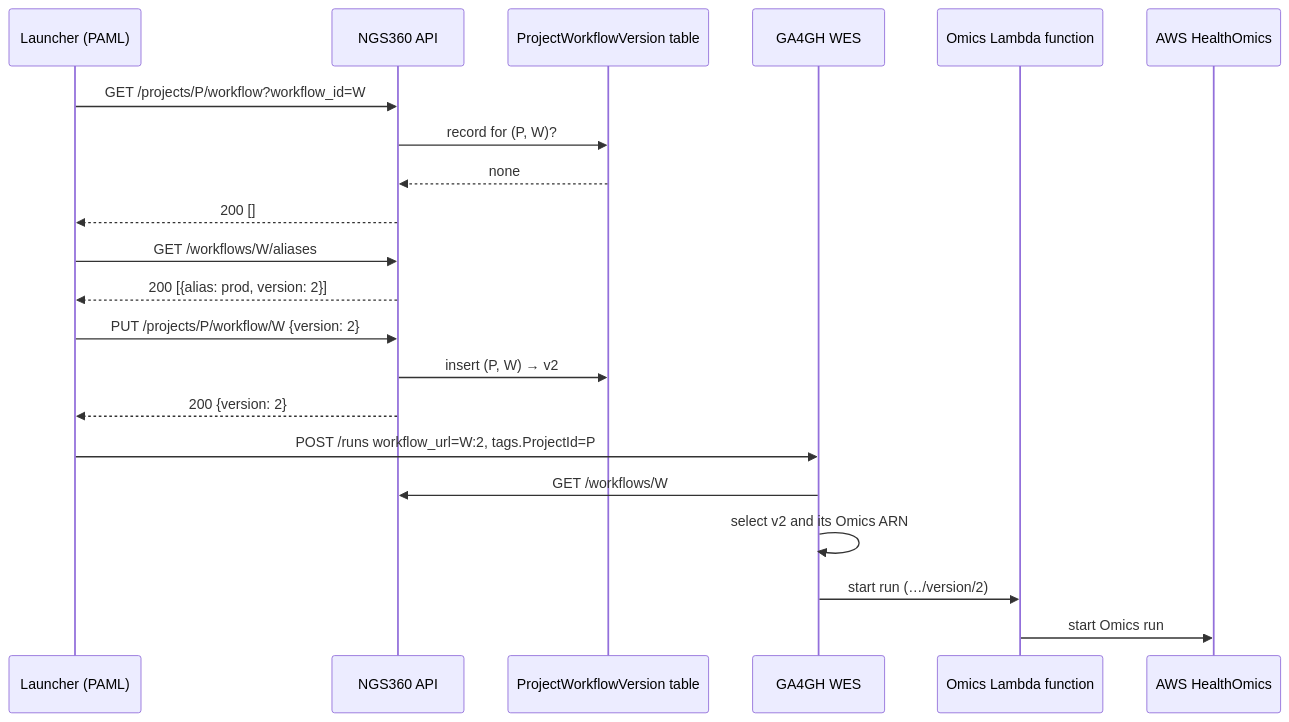
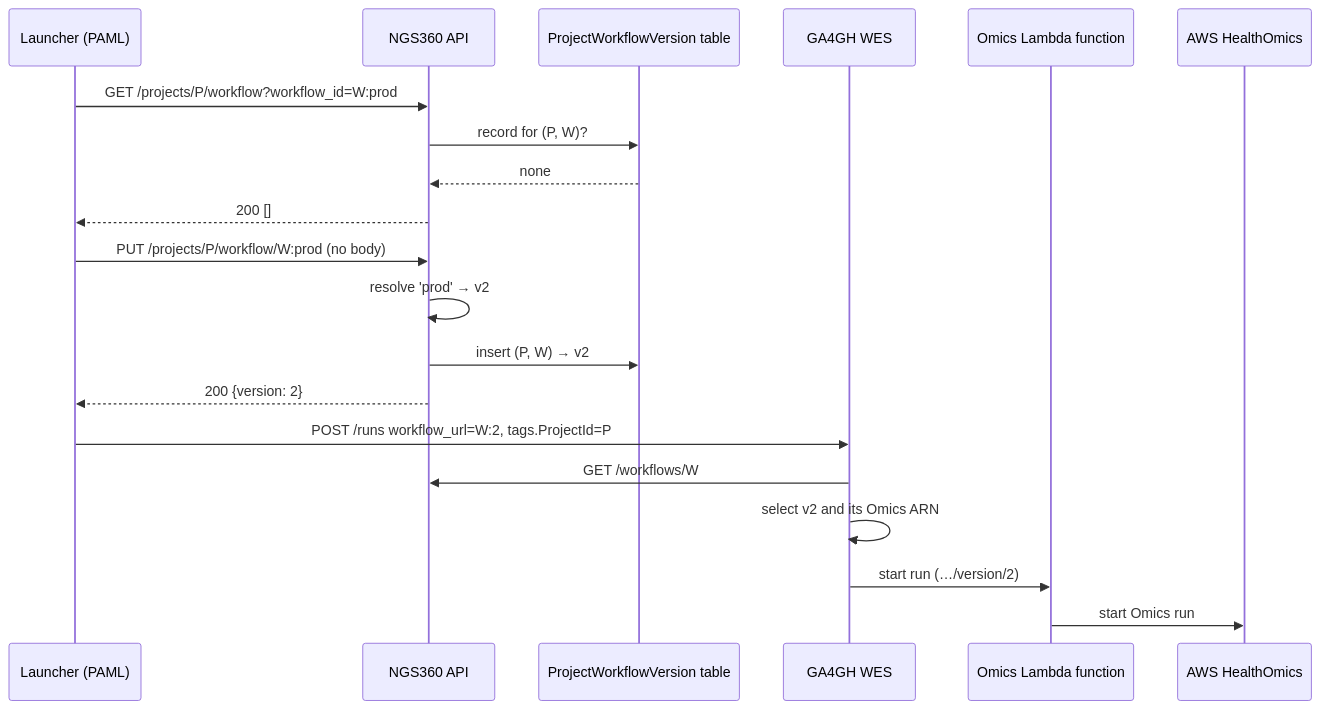
One commit to NGS360/APIServer changed the fifth of 9 diagrams in docs/WORKFLOWS_AND_PIPELINES.md. Above: the diagram before and after it, drawn with Mermaid. The commit also changed other lines of this file, not shown here.

````diff
--- a/docs/WORKFLOWS_AND_PIPELINES.md
+++ b/docs/WORKFLOWS_AND_PIPELINES.md
@@ -151,24 +150,23 @@
 ```mermaid
 sequenceDiagram
     participant L as Launcher (PAML)
     participant API as NGS360 API
     participant DB as ProjectWorkflowVersion table
     participant WES as GA4GH WES
     participant O as Omics Lambda function
     participant OM as AWS HealthOmics
 
-    L->>API: GET /projects/P/workflow?workflow_id=W
+    L->>API: GET /projects/P/workflow?workflow_id=W:prod
     API->>DB: record for (P, W)?
     DB-->>API: none
     API-->>L: 200 []
-    L->>API: GET /workflows/W/aliases
-    API-->>L: 200 [{alias: prod, version: 2}]
-    L->>API: PUT /projects/P/workflow/W {version: 2}
+    L->>API: PUT /projects/P/workflow/W:prod (no body)
+    API->>API: resolve 'prod' → v2
     API->>DB: insert (P, W) → v2
     API-->>L: 200 {version: 2}
     L->>WES: POST /runs workflow_url=W:2, tags.ProjectId=P
     WES->>API: GET /workflows/W
     WES->>WES: select v2 and its Omics ARN
     WES->>O: start run (…/version/2)
     O->>OM: start Omics run
 ```
````
